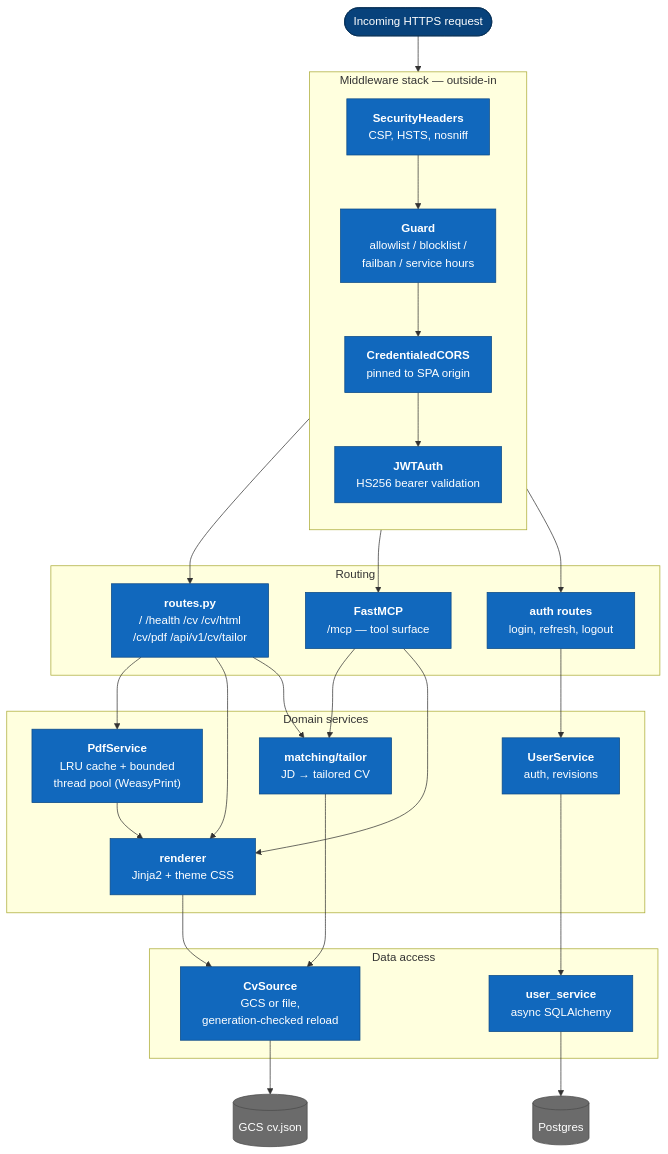
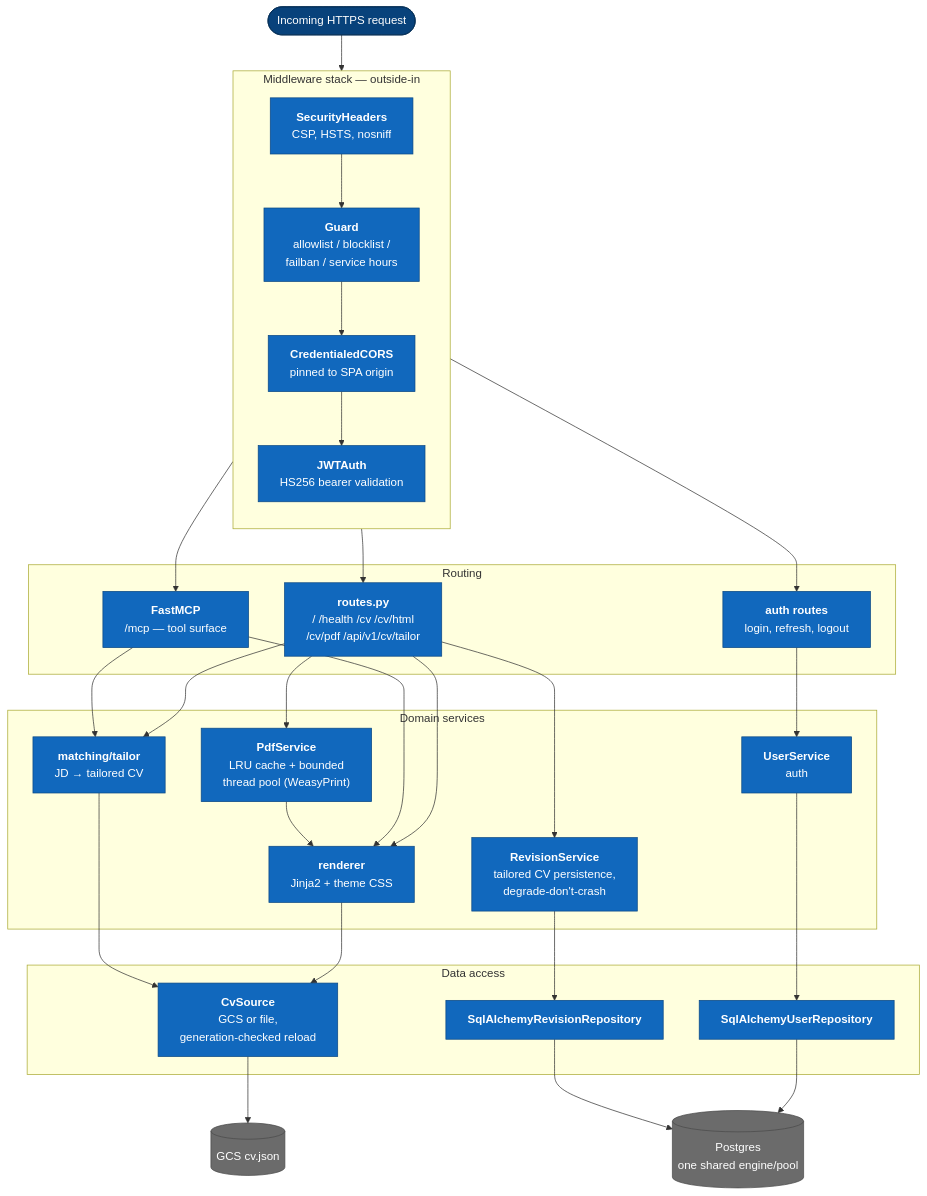
Before and after one commit to ivanprytula/cv-rest-mcp-server: the third of 8 diagrams in docs/architecture-diagrams.md, drawn with Mermaid. The commit also changed 26 other files, not shown here.

````diff
--- a/docs/architecture-diagrams.md
+++ b/docs/architecture-diagrams.md
@@ -121,52 +121,56 @@
 ```mermaid
 flowchart TB
     req(["Incoming HTTPS request"]):::ext
 
     subgraph mw["Middleware stack — outside-in"]
         direction TB
         sec["<b>SecurityHeaders</b><br/>CSP, HSTS, nosniff"]:::comp
         guard["<b>Guard</b><br/>allowlist / blocklist /<br/>failban / service hours"]:::comp
         cors["<b>CredentialedCORS</b><br/>pinned to SPA origin"]:::comp
         jwt["<b>JWTAuth</b><br/>HS256 bearer validation"]:::comp
     end
 
     subgraph routing["Routing"]
         routes["<b>routes.py</b><br/>/ /health /cv /cv/html<br/>/cv/pdf /api/v1/cv/tailor"]:::comp
         mcp["<b>FastMCP</b><br/>/mcp — tool surface"]:::comp
         authr["<b>auth routes</b><br/>login, refresh, logout"]:::comp
     end
 
     subgraph domain["Domain services"]
         pdf["<b>PdfService</b><br/>LRU cache + bounded<br/>thread pool (WeasyPrint)"]:::comp
         renderer["<b>renderer</b><br/>Jinja2 + theme CSS"]:::comp
         tailor["<b>matching/tailor</b><br/>JD → tailored CV"]:::comp
-        users["<b>UserService</b><br/>auth, revisions"]:::comp
+        users["<b>UserService</b><br/>auth"]:::comp
+        revs["<b>RevisionService</b><br/>tailored CV persistence,<br/>degrade-don't-crash"]:::comp
     end
 
     subgraph data["Data access"]
         cvsrc["<b>CvSource</b><br/>GCS or file,<br/>generation-checked reload"]:::comp
-        store["<b>user_service</b><br/>async SQLAlchemy"]:::comp
+        userrepo["<b>SqlAlchemyUserRepository</b>"]:::comp
+        revrepo["<b>SqlAlchemyRevisionRepository</b>"]:::comp
     end
 
     gcs[("GCS cv.json")]:::extstore
-    db[("Postgres")]:::extstore
+    db[("Postgres<br/>one shared engine/pool")]:::extstore
 
     req --> sec --> guard --> cors --> jwt
     jwt --> routes & mcp & authr
 
-    routes --> pdf & renderer & tailor
+    routes --> pdf & renderer & tailor & revs
     mcp --> tailor & renderer
     authr --> users
 
     pdf --> renderer
     renderer --> cvsrc
     tailor --> cvsrc
-    users --> store
+    users --> userrepo
+    revs --> revrepo
+    userrepo --> db
+    revrepo --> db
 
     cvsrc --> gcs
-    store --> db
 
     classDef comp fill:#1168bd,stroke:#0b4884,color:#fff
     classDef ext fill:#08427b,stroke:#052e56,color:#fff
     classDef extstore fill:#6b6b6b,stroke:#4a4a4a,color:#fff
 ```
````
